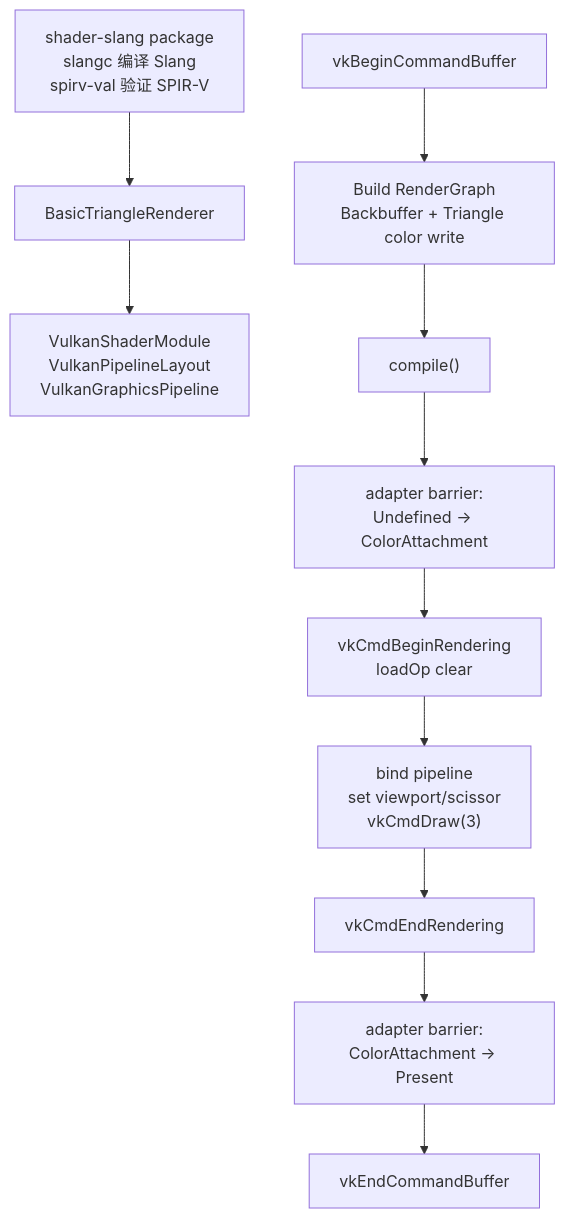
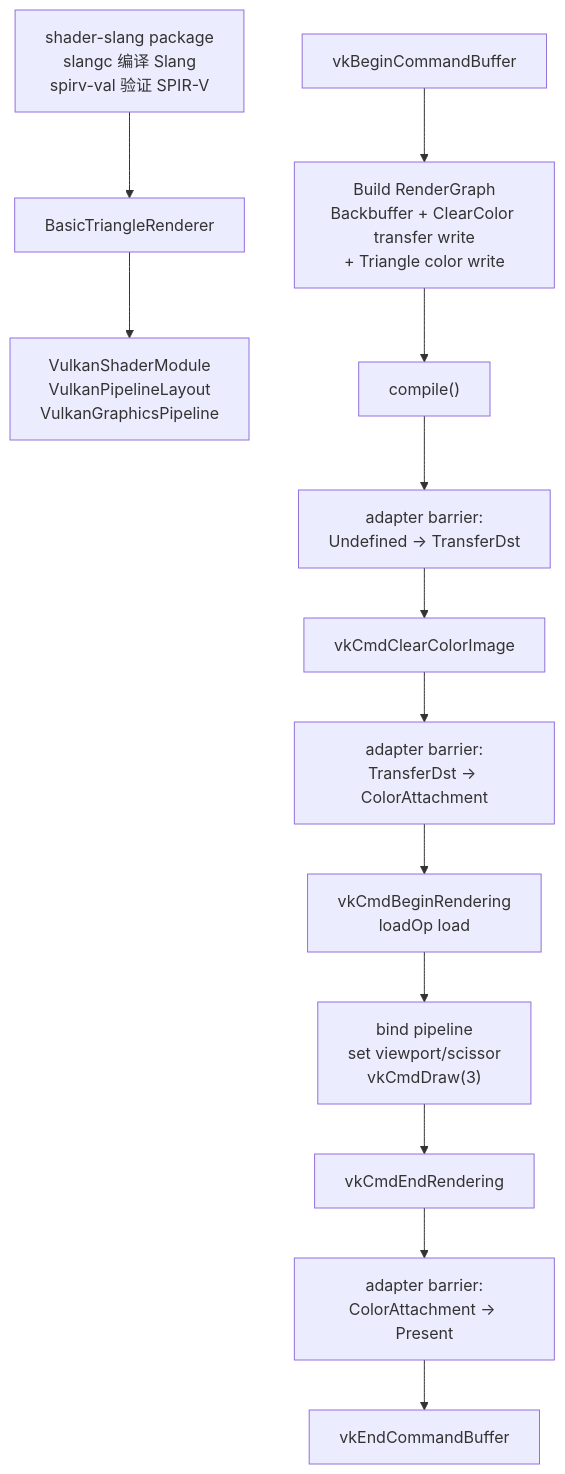
The sixth of 9 diagrams in docs/flow-architecture.md (66six11/Engine), drawn with Mermaid before and after one commit. The commit also changed other lines of this file and 2 other files, not shown here.

Commit message:
Record triangle smoke as multi-pass graph

````diff
--- a/docs/flow-architecture.md
+++ b/docs/flow-architecture.md
@@ -171,18 +171,20 @@
 ```mermaid
 flowchart TD
     ShaderBuild["shader-slang package<br/>slangc 编译 Slang<br/>spirv-val 验证 SPIR-V"]
     RendererObject["BasicTriangleRenderer"]
     PipelineObjects["VulkanShaderModule<br/>VulkanPipelineLayout<br/>VulkanGraphicsPipeline"]
     Begin["vkBeginCommandBuffer"]
-    BuildGraph["Build RenderGraph<br/>Backbuffer + Triangle color write"]
+    BuildGraph["Build RenderGraph<br/>Backbuffer + ClearColor transfer write<br/>+ Triangle color write"]
     Compile["compile()"]
-    ToColor["adapter barrier:<br/>Undefined -> ColorAttachment"]
-    BeginRendering["vkCmdBeginRendering<br/>loadOp clear"]
+    ToTransfer["adapter barrier:<br/>Undefined -> TransferDst"]
+    Clear["vkCmdClearColorImage"]
+    ToColor["adapter barrier:<br/>TransferDst -> ColorAttachment"]
+    BeginRendering["vkCmdBeginRendering<br/>loadOp load"]
     Draw["bind pipeline<br/>set viewport/scissor<br/>vkCmdDraw(3)"]
     EndRendering["vkCmdEndRendering"]
     ToPresent["adapter barrier:<br/>ColorAttachment -> Present"]
     End["vkEndCommandBuffer"]
 
     ShaderBuild --> RendererObject --> PipelineObjects
-    Begin --> BuildGraph --> Compile --> ToColor --> BeginRendering --> Draw --> EndRendering --> ToPresent --> End
+    Begin --> BuildGraph --> Compile --> ToTransfer --> Clear --> ToColor --> BeginRendering --> Draw --> EndRendering --> ToPresent --> End
 ```
````
